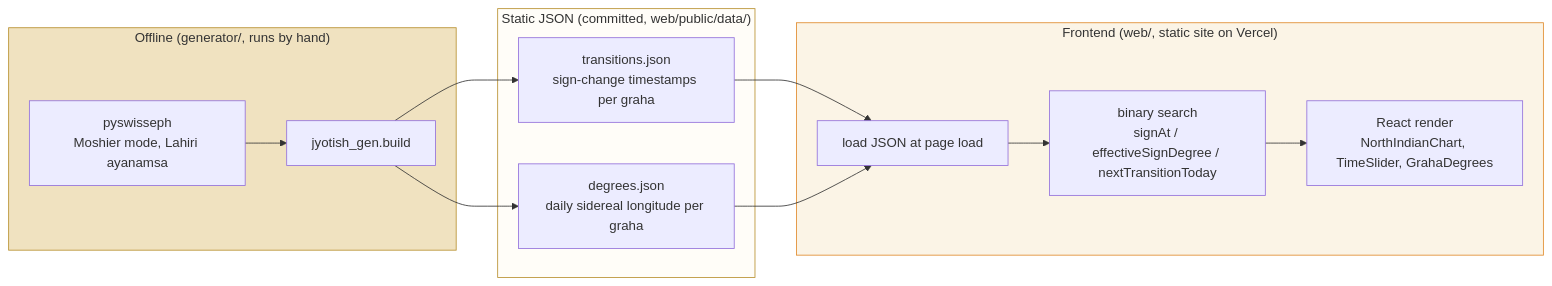
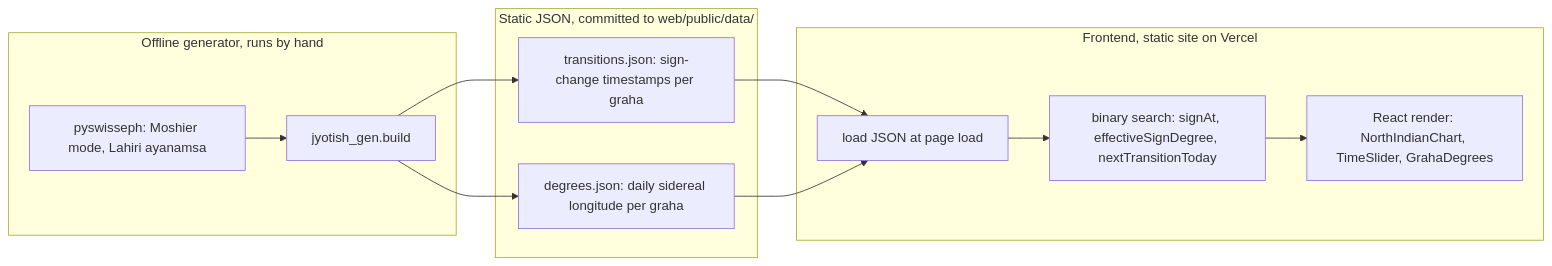
The first of 3 diagrams in docs/architecture.md (mettafore/jyotish-helper), drawn with Mermaid before and after one commit. The commit also changed other lines of this file, not shown here.

First line of the commit message:
fix(docs): drop style/br syntax mermaid diagrams for GitHub compatibility

````diff
--- a/docs/architecture.md
+++ b/docs/architecture.md
@@ -7,29 +7,25 @@
 ```mermaid
 flowchart LR
-    subgraph offline["Offline (generator/, runs by hand)"]
-        eph["pyswisseph<br/>Moshier mode, Lahiri ayanamsa"]
+    subgraph offline["Offline generator, runs by hand"]
+        eph["pyswisseph: Moshier mode, Lahiri ayanamsa"]
         gen["jyotish_gen.build"]
         eph --> gen
     end
 
-    subgraph data["Static JSON (committed, web/public/data/)"]
-        trans["transitions.json<br/>sign-change timestamps per graha"]
-        deg["degrees.json<br/>daily sidereal longitude per graha"]
+    subgraph data["Static JSON, committed to web/public/data/"]
+        trans["transitions.json: sign-change timestamps per graha"]
+        deg["degrees.json: daily sidereal longitude per graha"]
     end
 
-    subgraph client["Frontend (web/, static site on Vercel)"]
+    subgraph client["Frontend, static site on Vercel"]
         load["load JSON at page load"]
-        bsearch["binary search<br/>signAt / effectiveSignDegree / nextTransitionToday"]
-        render["React render<br/>NorthIndianChart, TimeSlider, GrahaDegrees"]
+        bsearch["binary search: signAt, effectiveSignDegree, nextTransitionToday"]
+        render["React render: NorthIndianChart, TimeSlider, GrahaDegrees"]
         load --> bsearch --> render
     end
 
     gen --> trans
     gen --> deg
     trans --> load
     deg --> load
-
-    style offline fill:#f0e2c0,stroke:#b8902f
-    style data fill:#fffdf8,stroke:#b8902f
-    style client fill:#fbf4e6,stroke:#e08a2b
 ```
````
